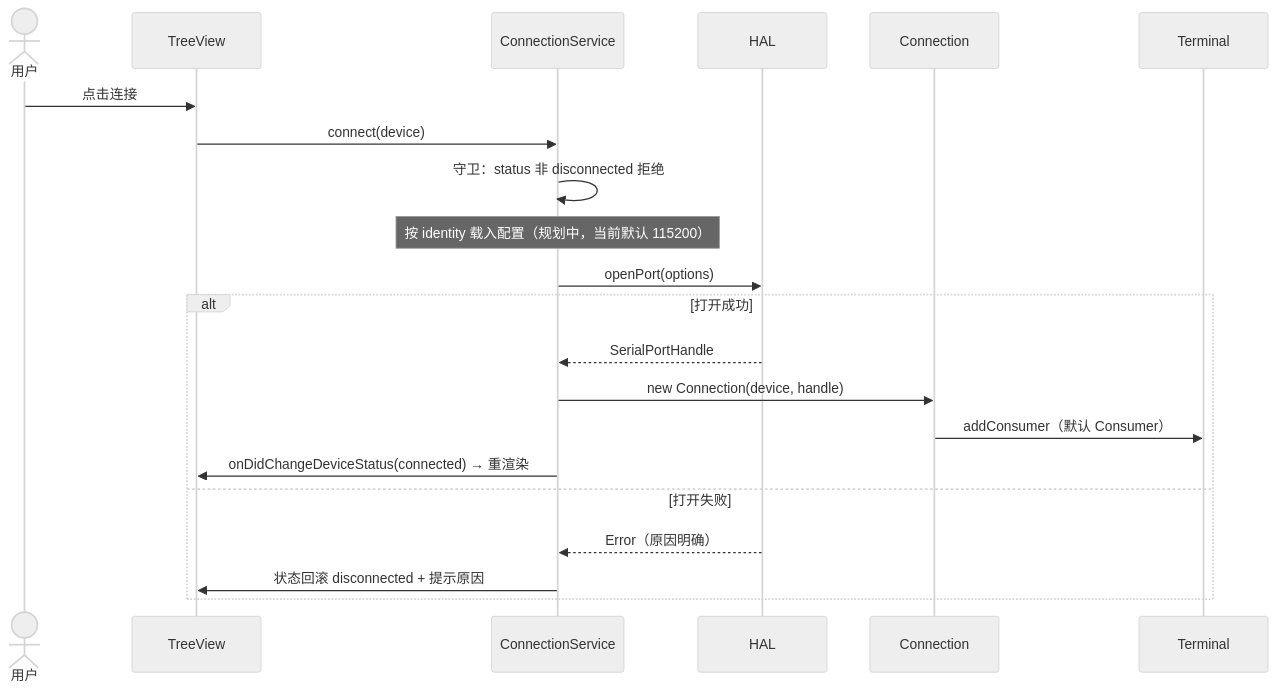
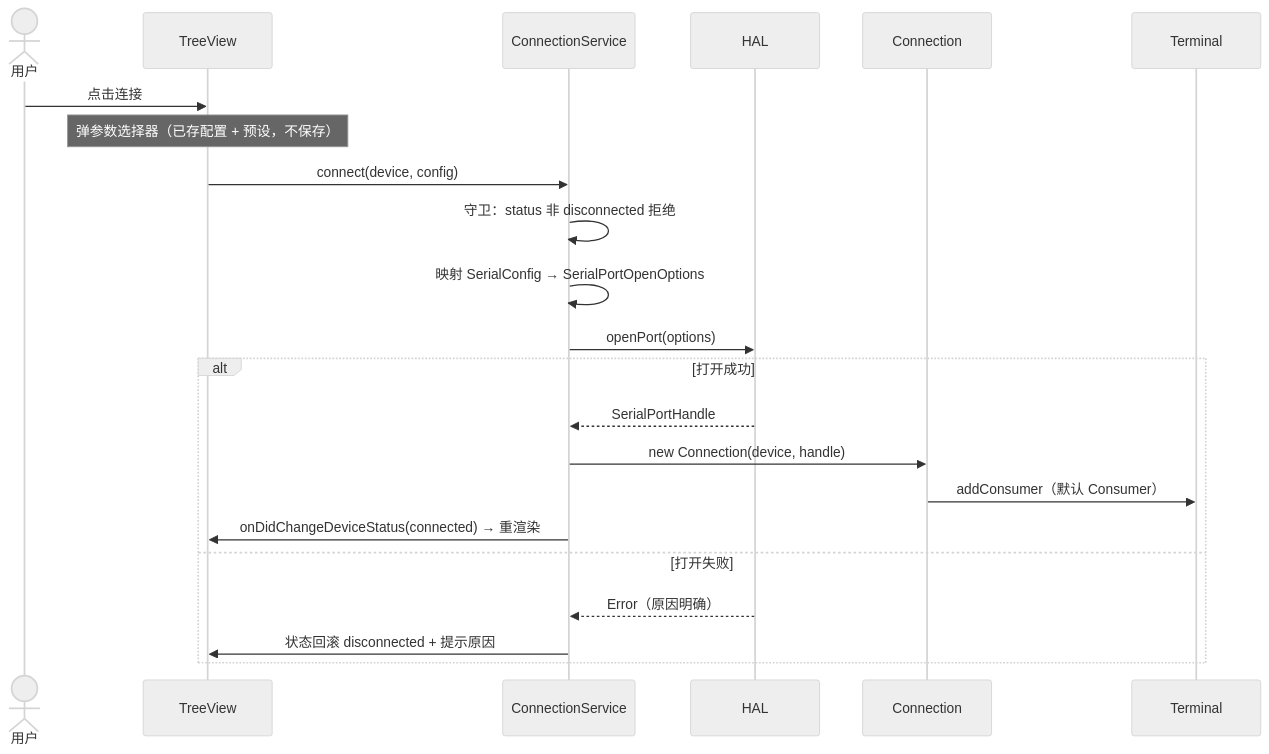
The third of 5 diagrams in doc/总体架构.md (ziqiang-zhu/vscode-serial-port-terminal), drawn with Mermaid (neutral theme) before and after one commit. The commit also changed other lines of this file and 11 other files, not shown here.

````diff
--- a/doc/总体架构.md
+++ b/doc/总体架构.md
@@ -81,24 +81,25 @@
 ```mermaid
 sequenceDiagram
     actor U as 用户
     participant V as TreeView
     participant C as ConnectionService
     participant H as HAL
     participant Conn as Connection
     participant T as Terminal
 
     U->>V: 点击连接
-    V->>C: connect(device)
+    Note over V: 弹参数选择器（已存配置 + 预设，不保存）
+    V->>C: connect(device, config)
     C->>C: 守卫：status 非 disconnected 拒绝
-    Note over C: 按 identity 载入配置（规划中，当前默认 115200）
+    C->>C: 映射 SerialConfig → SerialPortOpenOptions
     C->>H: openPort(options)
     alt 打开成功
         H-->>C: SerialPortHandle
         C->>Conn: new Connection(device, handle)
         Conn->>T: addConsumer（默认 Consumer）
         C->>V: onDidChangeDeviceStatus(connected) → 重渲染
     else 打开失败
         H-->>C: Error（原因明确）
         C->>V: 状态回滚 disconnected + 提示原因
     end
 ```
````
